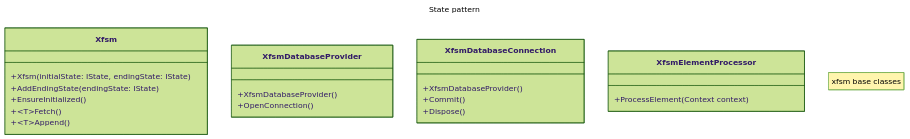
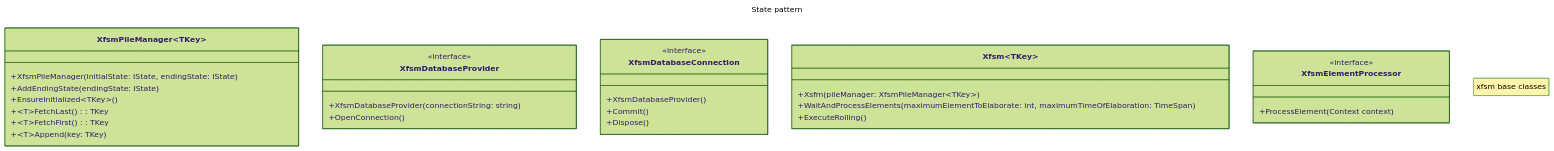
The diagram in analysis/diagrams/xfsm.md (gio-js/xfsm), drawn with Mermaid (forest theme) before and after one commit.

````diff
--- a/analysis/diagrams/xfsm.md
+++ b/analysis/diagrams/xfsm.md
@@ -1,30 +1,40 @@
 ```mermaid
 ---
 title: State pattern
 ---
 classDiagram
     note "xfsm base classes"
-    class Xfsm{
-        +Xfsm(initialState: IState, endingState: IState)
+    class XfsmPileManager~TKey~{ 
+        +XfsmPileManager(initialState: IState, endingState: IState)
         +AddEndingState(endingState: IState)
-        +EnsureInitialized()
-        +~T~Fetch()
-        +~T~Append()
+        +EnsureInitialized~TKey~()
+        +~T~FetchLast() : TKey
+        +~T~FetchFirst() : TKey
+        +~T~Append(key: TKey)
     }
 
     class XfsmDatabaseProvider{
-        +XfsmDatabaseProvider()
+        <<interface>>
+        +XfsmDatabaseProvider(connectionString: string)
         +OpenConnection()
     }
 
     class XfsmDatabaseConnection{
+        <<interface>>
         +XfsmDatabaseProvider()
         +Commit()
         +Dispose()
     }
 
+    class Xfsm~TKey~{
+        +Xsfm(pileManager:  XfsmPileManager~TKey~)
+        +WaitAndProcessElements(maximumElementToElaborate: int, maximumTimeOfElaboration: TimeSpan)
+        +ExecuteRolling()
+    }
+
     class XfsmElementProcessor{
+        <<interface>>
         +ProcessElement(Context context)
     }
 
 ```
````
